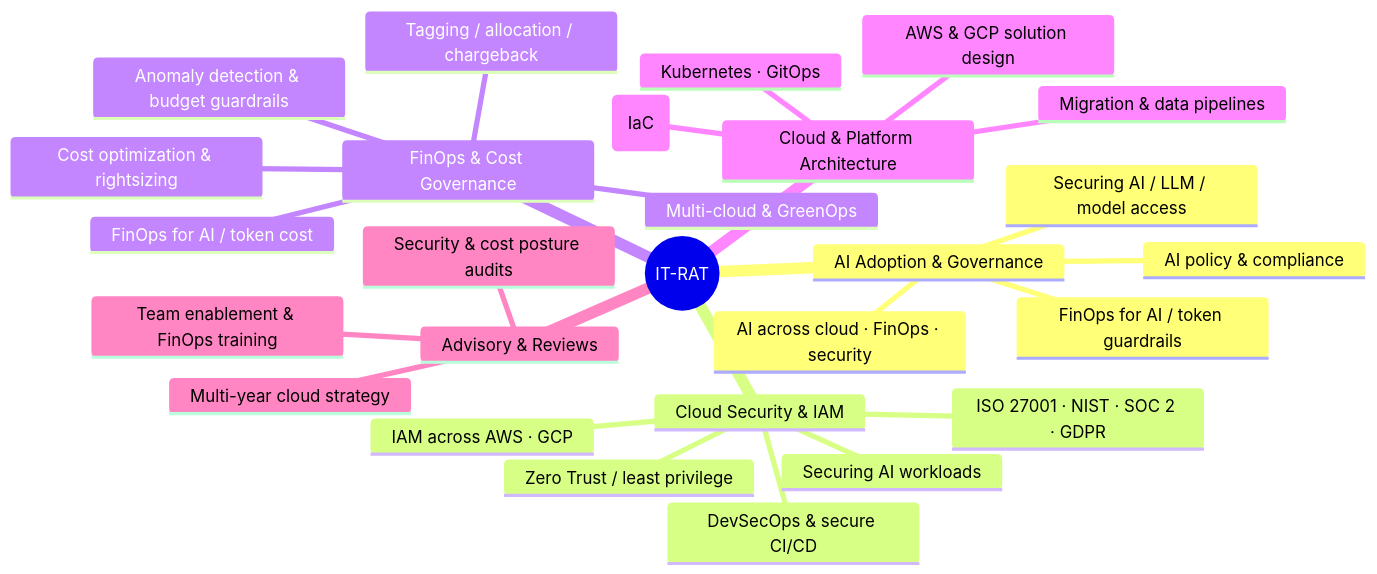
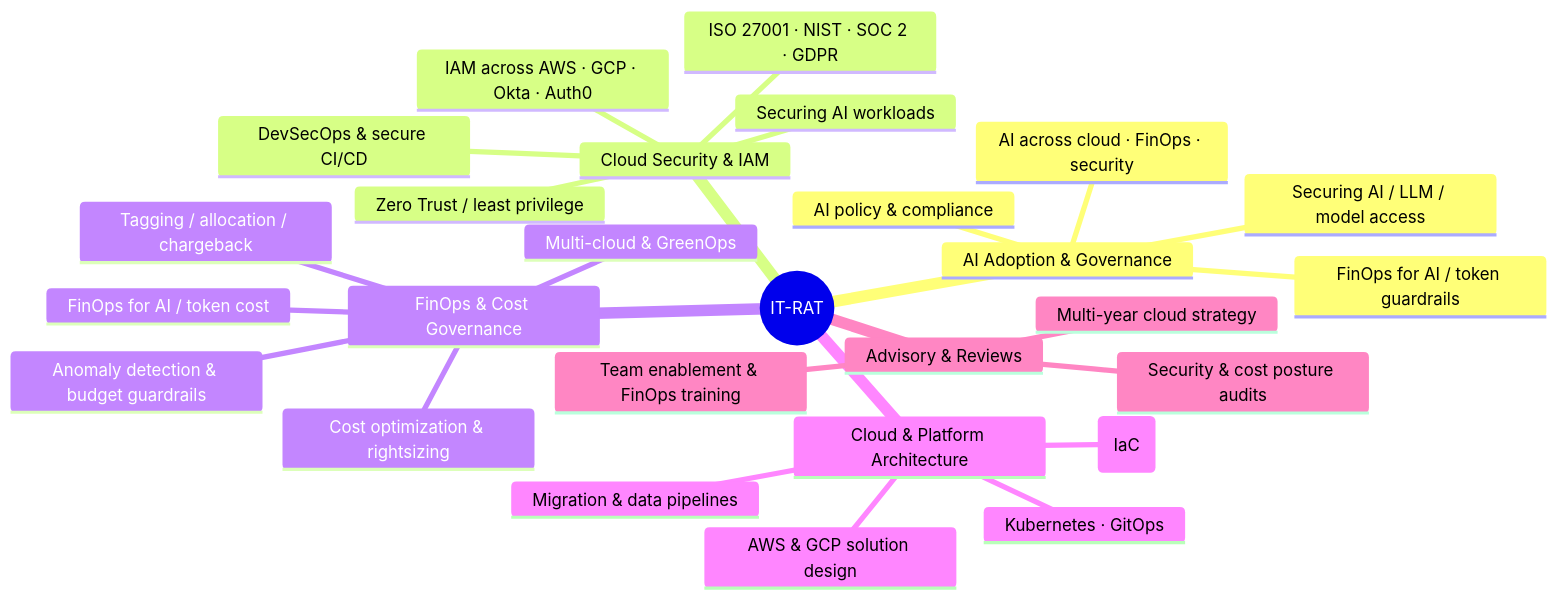
One commit to it-rat/it-rat.github.io changed the third of 4 diagrams in README.md. Above: the diagram before and after it, drawn with Mermaid. The commit also changed 2 other files, not shown here.

Commit message:
Revert Okta/Auth0 removal; keep only employer names dropped
Okta/Auth0 are technologies, capabilities, a certification and an
Idryx integration - not employers. Restore them across the site and
README. Only NatWest/PETRONAS/ex-Okta employer bios stay removed.

````diff
--- a/README.md
+++ b/README.md
@@ -80,30 +80,30 @@
 ```mermaid
 mindmap
   root((IT-RAT))
     AI Adoption & Governance
       AI across cloud · FinOps · security
       Securing AI / LLM / model access
       FinOps for AI / token guardrails
       AI policy & compliance
     Cloud Security & IAM
       Zero Trust / least privilege
-      IAM across AWS · GCP
+      IAM across AWS · GCP · Okta · Auth0
       DevSecOps & secure CI/CD
       Securing AI workloads
       ISO 27001 · NIST · SOC 2 · GDPR
     FinOps & Cost Governance
       Cost optimization & rightsizing
       Tagging / allocation / chargeback
       Anomaly detection & budget guardrails
       FinOps for AI / token cost
       Multi-cloud & GreenOps
     Cloud & Platform Architecture
       AWS & GCP solution design
       Kubernetes · GitOps
       Terraform / Terragrunt (IaC)
       Migration & data pipelines
     Advisory & Reviews
       Security & cost posture audits
       Multi-year cloud strategy
       Team enablement & FinOps training
 ```
````
